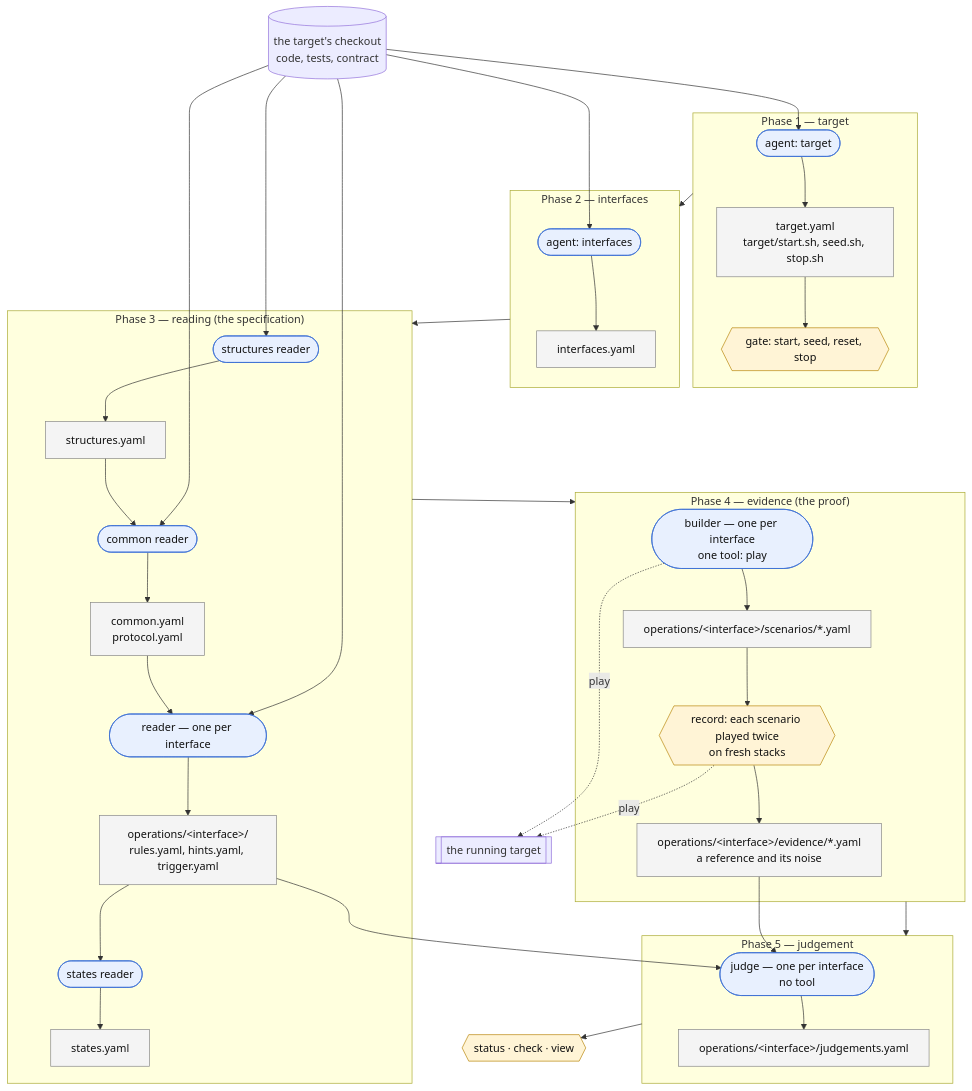
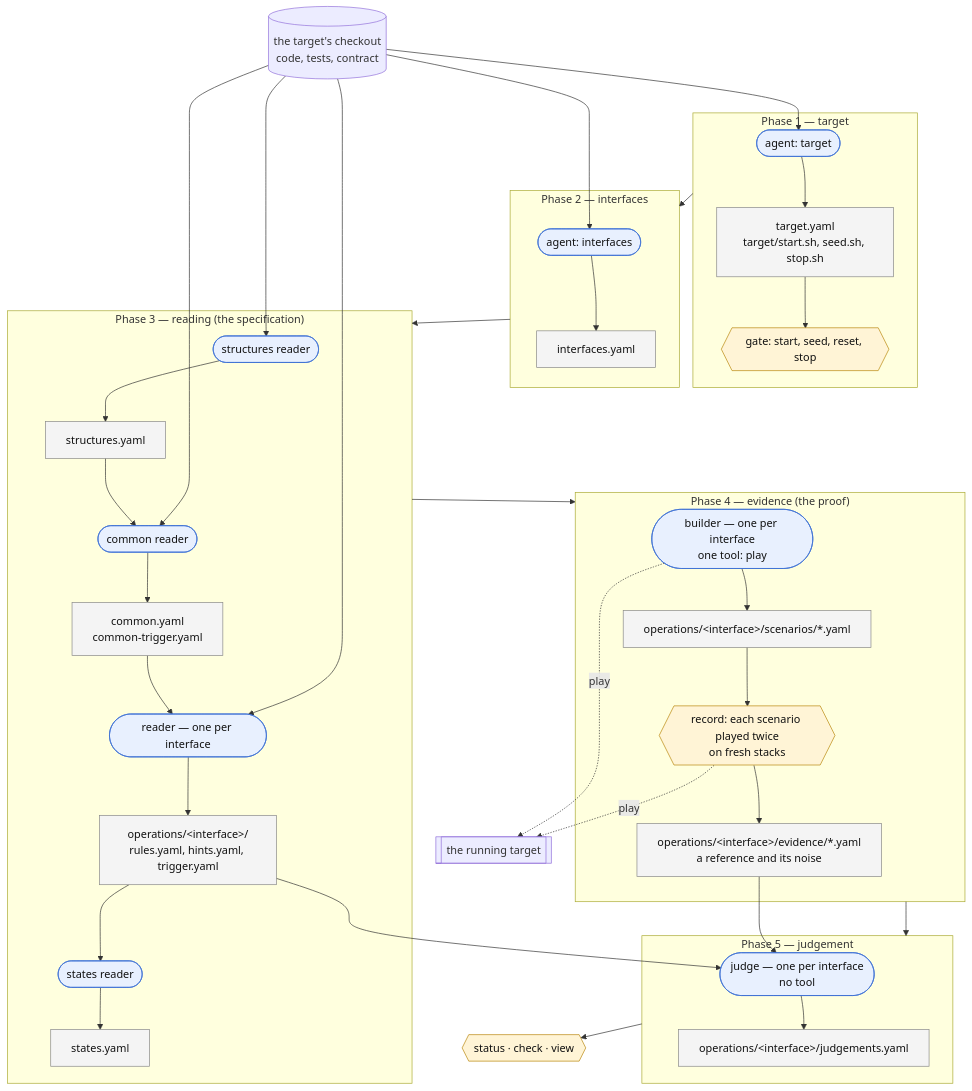
The first of 2 diagrams in docs/extraction-flow.md (defsquare/exspec), drawn with Mermaid before and after one commit. The commit also changed other lines of this file and 52 other files, not shown here.

````diff
--- a/docs/extraction-flow.md
+++ b/docs/extraction-flow.md
@@ -13,66 +13,66 @@
 ```mermaid
 flowchart TD
     code[("the target's checkout<br/>code, tests, contract")]
 
     subgraph P1["Phase 1 — target"]
         A1(["agent: target"])
         F1["target.yaml<br/>target/start.sh, seed.sh, stop.sh"]
         G1{{"gate: start, seed, reset, stop"}}
         A1 --> F1 --> G1
     end
 
     subgraph P2["Phase 2 — interfaces"]
         A2(["agent: interfaces"])
         F2["interfaces.yaml"]
         A2 --> F2
     end
 
     subgraph P3["Phase 3 — reading (the specification)"]
         R1(["structures reader"])
         F3["structures.yaml"]
         R2(["common reader"])
-        F4["common.yaml<br/>protocol.yaml"]
+        F4["common.yaml<br/>common-trigger.yaml"]
         R3(["reader — one per interface"])
         F5["operations/&lt;interface&gt;/<br/>rules.yaml, hints.yaml, trigger.yaml"]
         R4(["states reader"])
         F6["states.yaml"]
         R1 --> F3 --> R2 --> F4 --> R3 --> F5 --> R4 --> F6
     end
 
     subgraph P4["Phase 4 — evidence (the proof)"]
         B(["builder — one per interface<br/>one tool: play"])
         F7["operations/&lt;interface&gt;/scenarios/*.yaml"]
         T1{{"record: each scenario played twice<br/>on fresh stacks"}}
         F8["operations/&lt;interface&gt;/evidence/*.yaml<br/>a reference and its noise"]
         B --> F7 --> T1 --> F8
     end
 
     subgraph P5["Phase 5 — judgement"]
         J(["judge — one per interface<br/>no tool"])
         F9["operations/&lt;interface&gt;/judgements.yaml"]
         J --> F9
     end
 
     sys[["the running target"]]
 
     code --> A1
     code --> A2
     code --> R1
     code --> R2
     code --> R3
     P1 --> P2 --> P3 --> P4 --> P5
     B -. "play" .-> sys
     T1 -. "play" .-> sys
     F8 --> J
     F5 --> J
 
     V{{"status · check · view"}}
     P5 --> V
 
     classDef agent fill:#e8f0fe,stroke:#3b6fd4,color:#111;
     classDef tool fill:#fff4d6,stroke:#b8860b,color:#111;
     classDef file fill:#f4f4f4,stroke:#888,color:#111;
     class A1,A2,R1,R2,R3,R4,B,J agent;
     class G1,T1,V tool;
     class F1,F2,F3,F4,F5,F6,F7,F8,F9 file;
 ```
````
